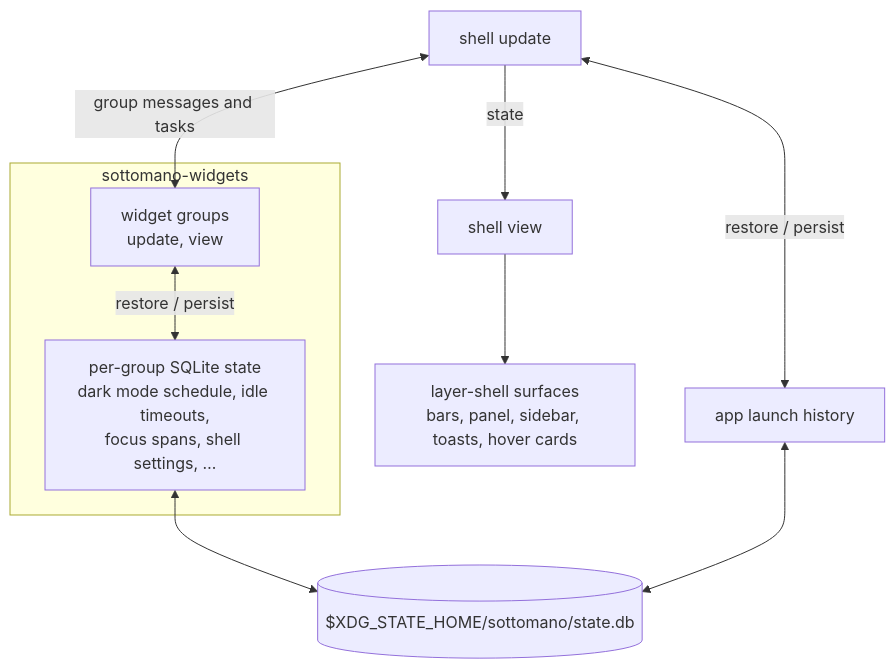
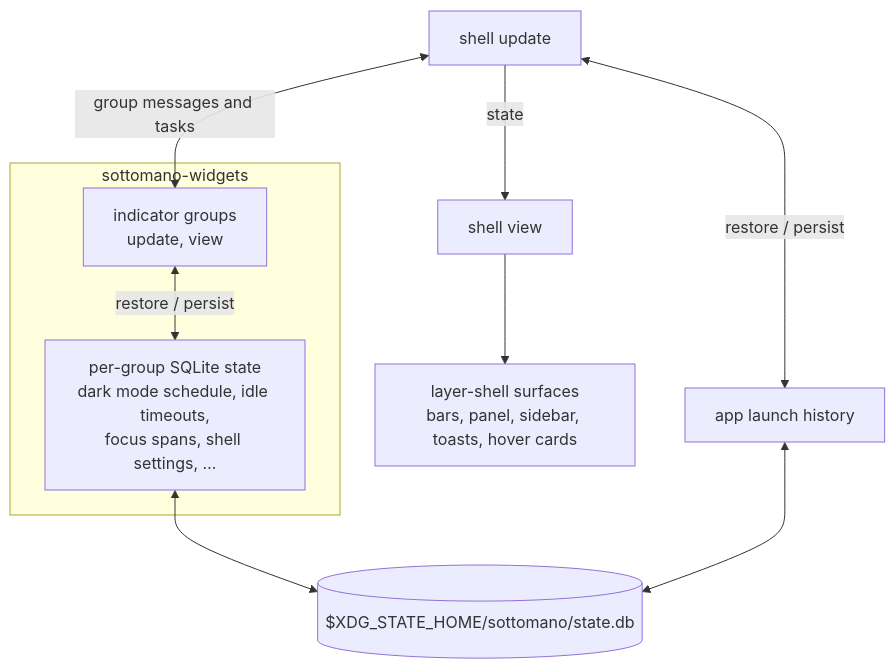
One commit to wvhulle/sottomano changed the third of 4 diagrams in docs/architecture.md. Above: the diagram before and after it, drawn with Mermaid. The commit also changed other lines of this file and 499 other files, not shown here.

Commit message:
refactor: widget groups are indicator groups

````diff
--- a/docs/architecture.md
+++ b/docs/architecture.md
@@ -92,21 +92,21 @@
 ```mermaid
 flowchart TB
   shell_update["shell update"]
   shell_view["shell view"]
   app_launch_store["app launch history"]
 
   subgraph widgets_crate [sottomano-widgets]
-    widget_groups["widget groups<br>update, view"]
+    indicator_groups["indicator groups<br>update, view"]
     group_stores["per-group SQLite state<br>dark mode schedule, idle timeouts,<br>focus spans, shell settings, …"]
-    widget_groups <-->|restore / persist| group_stores
+    indicator_groups <-->|restore / persist| group_stores
   end
 
   layer_surfaces["layer-shell surfaces<br>bars, panel, sidebar, toasts, hover cards"]
   state_database[("$XDG_STATE_HOME/sottomano/state.db")]
 
-  shell_update <-->|group messages and tasks| widget_groups
+  shell_update <-->|group messages and tasks| indicator_groups
   shell_update -->|state| shell_view
   shell_view --> layer_surfaces
   group_stores & app_launch_store <--> state_database
   shell_update <-->|restore / persist| app_launch_store
 ```
````
